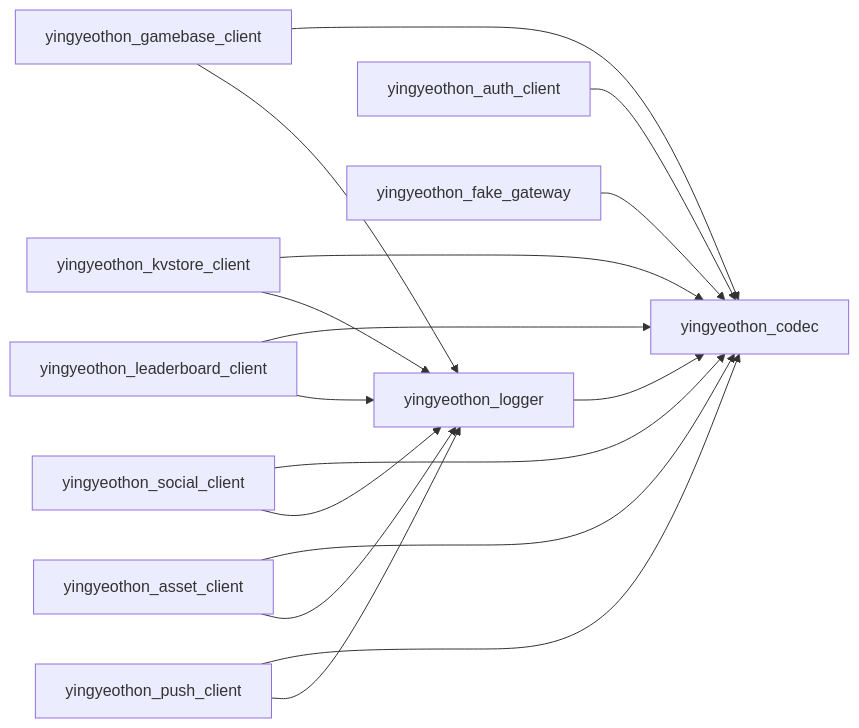
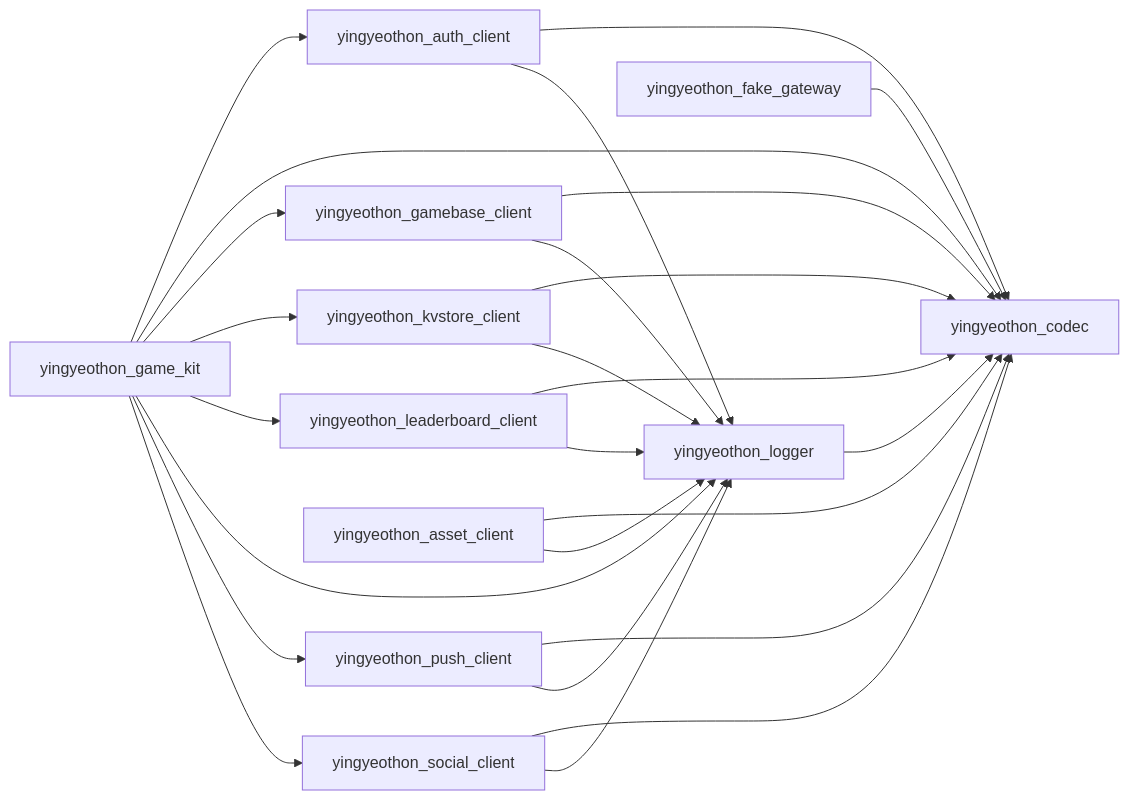
One commit to yingyeothon/flutterlib changed the diagram in README.md. Above: the diagram before and after it, drawn with Mermaid. The commit also changed other lines of this file and 42 other files, not shown here.

````diff
--- a/README.md
+++ b/README.md
@@ -67,18 +69,27 @@
 ```mermaid
 graph LR
   yingyeothon_gamebase_client --> yingyeothon_codec
   yingyeothon_gamebase_client --> yingyeothon_logger
   yingyeothon_logger --> yingyeothon_codec
   yingyeothon_auth_client --> yingyeothon_codec
+  yingyeothon_auth_client --> yingyeothon_logger
   yingyeothon_kvstore_client --> yingyeothon_codec
   yingyeothon_kvstore_client --> yingyeothon_logger
   yingyeothon_leaderboard_client --> yingyeothon_codec
   yingyeothon_leaderboard_client --> yingyeothon_logger
   yingyeothon_social_client --> yingyeothon_codec
   yingyeothon_social_client --> yingyeothon_logger
   yingyeothon_asset_client --> yingyeothon_codec
   yingyeothon_asset_client --> yingyeothon_logger
+  yingyeothon_game_kit --> yingyeothon_auth_client
+  yingyeothon_game_kit --> yingyeothon_codec
+  yingyeothon_game_kit --> yingyeothon_gamebase_client
+  yingyeothon_game_kit --> yingyeothon_kvstore_client
+  yingyeothon_game_kit --> yingyeothon_leaderboard_client
+  yingyeothon_game_kit --> yingyeothon_logger
+  yingyeothon_game_kit --> yingyeothon_push_client
+  yingyeothon_game_kit --> yingyeothon_social_client
   yingyeothon_push_client --> yingyeothon_codec
   yingyeothon_push_client --> yingyeothon_logger
   yingyeothon_fake_gateway --> yingyeothon_codec
 ```
````
